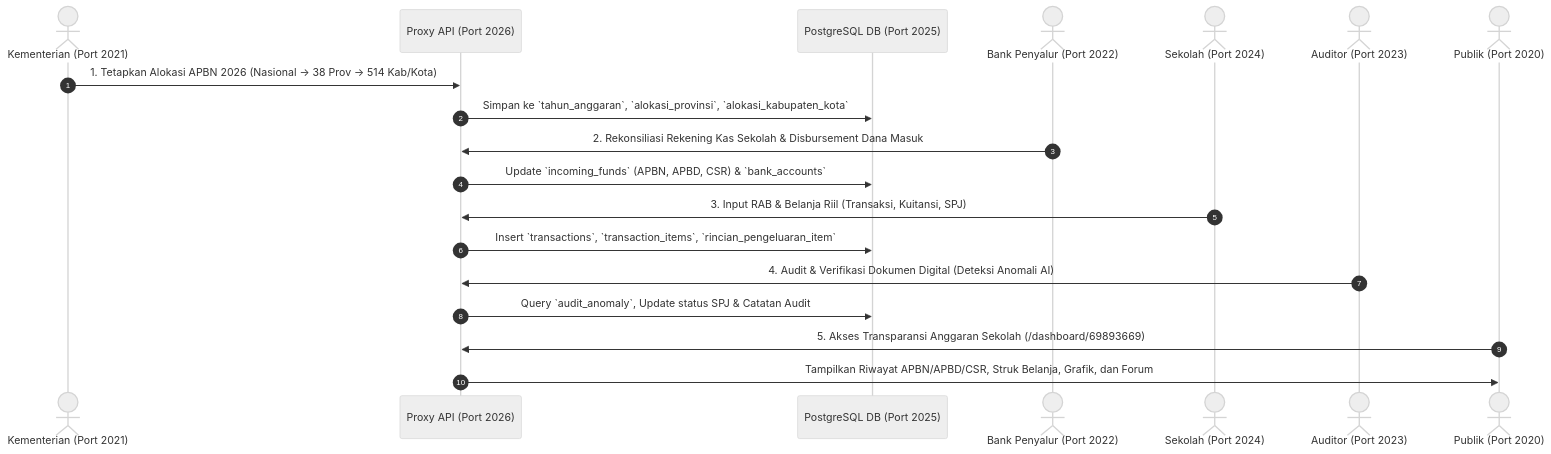
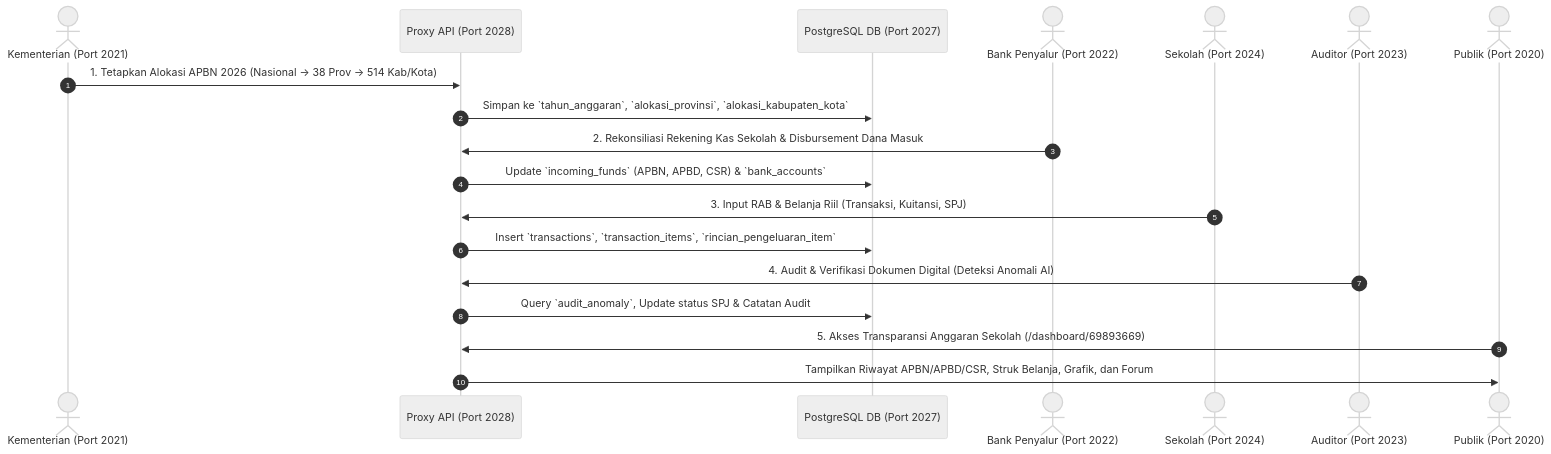
The second of 2 diagrams in TOPOLOGY.md (adimaryanto-stack/integrated-blockchain), drawn with Mermaid (neutral theme) before and after one commit. The commit also changed other lines of this file and 121 other files, not shown here.

Commit message:
feat: integrate Dashboard Admin, proxy API, system scripts and multi-portal sync

````diff
--- a/TOPOLOGY.md
+++ b/TOPOLOGY.md
@@ -53,26 +57,26 @@
 ```mermaid
 sequenceDiagram
     autonumber
     actor Kemen as Kementerian (Port 2021)
-    participant API as Proxy API (Port 2026)
-    participant DB as PostgreSQL DB (Port 2025)
+    participant API as Proxy API (Port 2028)
+    participant DB as PostgreSQL DB (Port 2027)
     actor Bank as Bank Penyalur (Port 2022)
     actor Sekolah as Sekolah (Port 2024)
     actor Auditor as Auditor (Port 2023)
     actor Publik as Publik (Port 2020)
 
     Kemen->>API: 1. Tetapkan Alokasi APBN 2026 (Nasional -> 38 Prov -> 514 Kab/Kota)
     API->>DB: Simpan ke `tahun_anggaran`, `alokasi_provinsi`, `alokasi_kabupaten_kota`
     
     Bank->>API: 2. Rekonsiliasi Rekening Kas Sekolah & Disbursement Dana Masuk
     API->>DB: Update `incoming_funds` (APBN, APBD, CSR) & `bank_accounts`
     
     Sekolah->>API: 3. Input RAB & Belanja Riil (Transaksi, Kuitansi, SPJ)
     API->>DB: Insert `transactions`, `transaction_items`, `rincian_pengeluaran_item`
     
     Auditor->>API: 4. Audit & Verifikasi Dokumen Digital (Deteksi Anomali AI)
     API->>DB: Query `audit_anomaly`, Update status SPJ & Catatan Audit
     
     Publik->>API: 5. Akses Transparansi Anggaran Sekolah (/dashboard/69893669)
     API->>Publik: Tampilkan Riwayat APBN/APBD/CSR, Struk Belanja, Grafik, dan Forum
 ```
````
